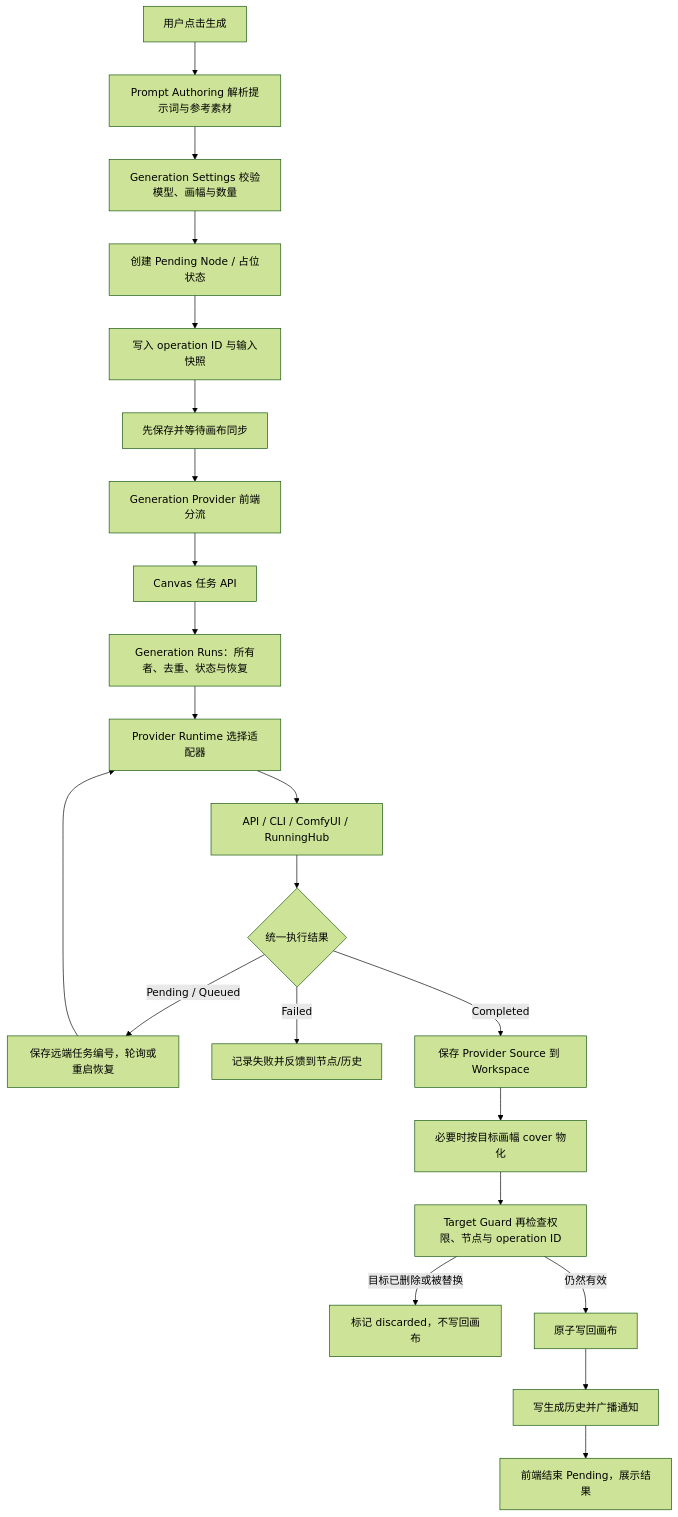
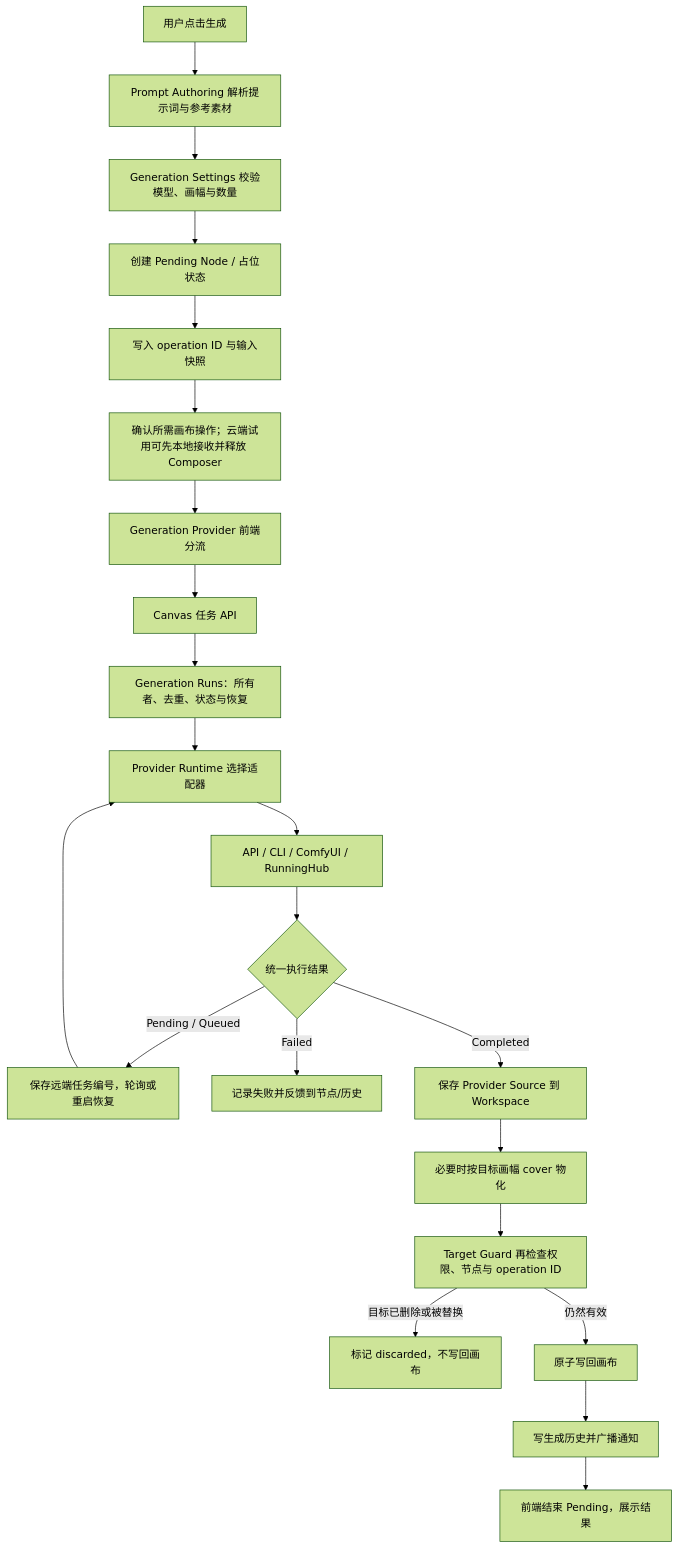
One commit to lazyq666/reroll-ai-canvas changed the diagram in docs/current/generation-pipeline.md. Above: the diagram before and after it, drawn with Mermaid (forest theme). The commit also changed other lines of this file and 49 other files, not shown here.

````diff
--- a/docs/current/generation-pipeline.md
+++ b/docs/current/generation-pipeline.md
@@ -25,24 +25,24 @@
 ```mermaid
 flowchart TD
     A["用户点击生成"] --> B["Prompt Authoring 解析提示词与参考素材"]
     B --> C["Generation Settings 校验模型、画幅与数量"]
     C --> D["创建 Pending Node / 占位状态"]
     D --> E["写入 operation ID 与输入快照"]
-    E --> F["先保存并等待画布同步"]
+    E --> F["确认所需画布操作；云端试用可先本地接收并释放 Composer"]
     F --> G["Generation Provider 前端分流"]
     G --> H["Canvas 任务 API"]
     H --> I["Generation Runs：所有者、去重、状态与恢复"]
     I --> J["Provider Runtime 选择适配器"]
     J --> K["API / CLI / ComfyUI / RunningHub"]
     K --> L{"统一执行结果"}
     L -->|"Pending / Queued"| M["保存远端任务编号，轮询或重启恢复"]
     M --> J
     L -->|"Failed"| N["记录失败并反馈到节点/历史"]
     L -->|"Completed"| O["保存 Provider Source 到 Workspace"]
     O --> P["必要时按目标画幅 cover 物化"]
     P --> Q["Target Guard 再检查权限、节点与 operation ID"]
     Q -->|"目标已删除或被替换"| R["标记 discarded，不写回画布"]
     Q -->|"仍然有效"| S["原子写回画布"]
     S --> T["写生成历史并广播通知"]
     T --> U["前端结束 Pending，展示结果"]
 ```
````
